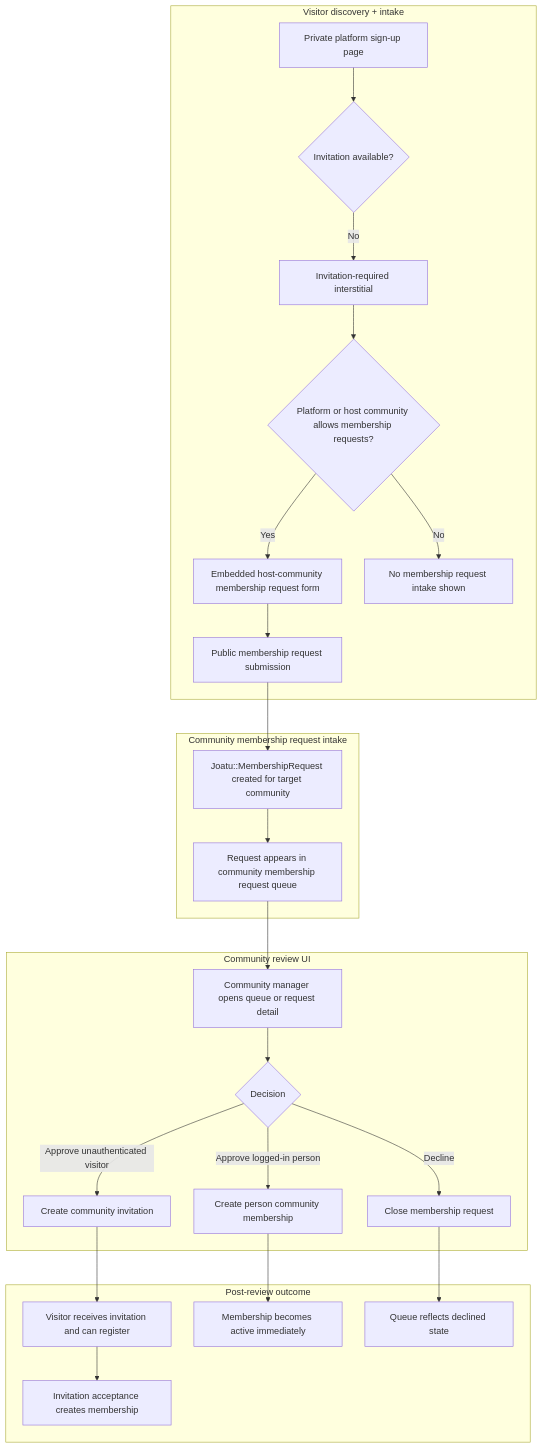
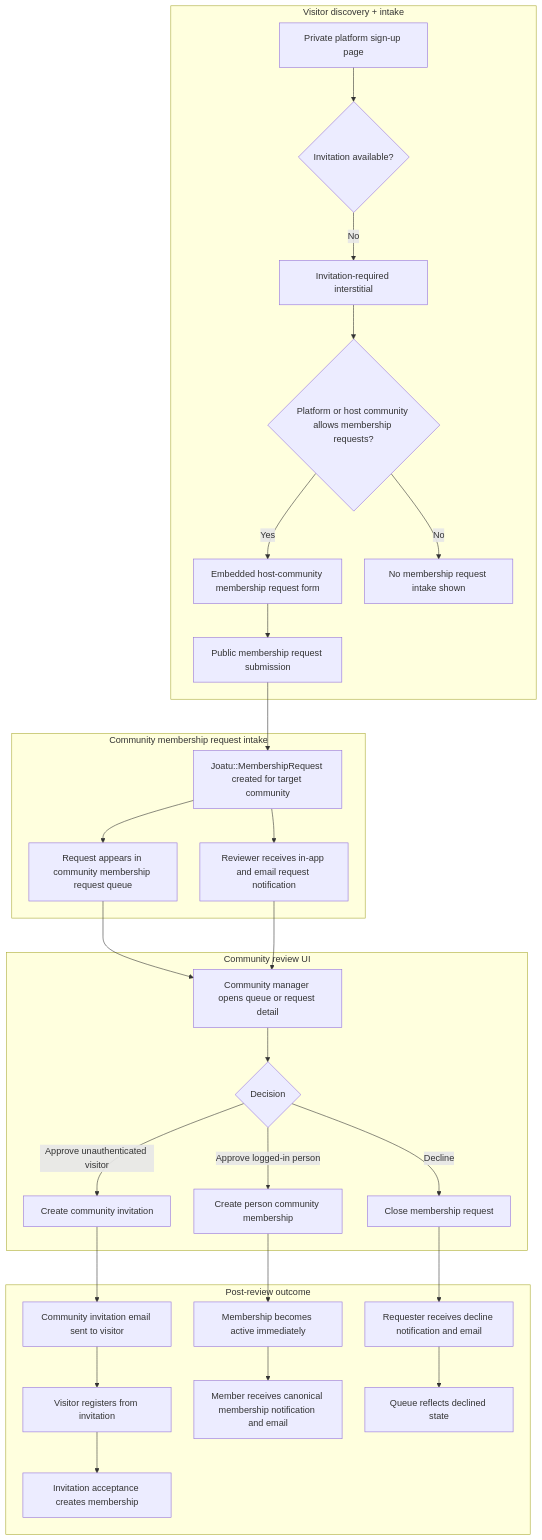
Before and after one commit to better-together-org/community-engine-rails: the diagram in docs/diagrams/source/membership_request_workflow.mmd, drawn with Mermaid. The commit also changed 66 other files, not shown here.

```diff
--- a/docs/diagrams/source/membership_request_workflow.mmd
+++ b/docs/diagrams/source/membership_request_workflow.mmd
@@ -1,30 +1,35 @@
 %%{init: {"flowchart": {"diagramPadding": 40, "nodeSpacing": 40, "rankSpacing": 60}}}%%
 flowchart TD
   subgraph Discovery["Visitor discovery + intake"]
     A[Private platform sign-up page] --> B{Invitation available?}
     B -->|No| C[Invitation-required interstitial]
     C --> D{Platform or host community allows membership requests?}
     D -->|Yes| E[Embedded host-community membership request form]
     D -->|No| F[No membership request intake shown]
     E --> G[Public membership request submission]
   end
 
   subgraph Intake["Community membership request intake"]
     G --> H[Joatu::MembershipRequest created for target community]
     H --> I[Request appears in community membership request queue]
+    H --> I1[Reviewer receives in-app and email request notification]
   end
 
   subgraph Review["Community review UI"]
     I --> J[Community manager opens queue or request detail]
+    I1 --> J
     J --> K{Decision}
     K -->|Approve unauthenticated visitor| L[Create community invitation]
     K -->|Approve logged-in person| M[Create person community membership]
     K -->|Decline| N[Close membership request]
   end
 
   subgraph Followup["Post-review outcome"]
-    L --> O[Visitor receives invitation and can register]
-    M --> P[Membership becomes active immediately]
-    N --> Q[Queue reflects declined state]
-    O --> R[Invitation acceptance creates membership]
+    L --> O[Community invitation email sent to visitor]
+    O --> P[Visitor registers from invitation]
+    P --> Q[Invitation acceptance creates membership]
+    M --> R[Membership becomes active immediately]
+    R --> R1[Member receives canonical membership notification and email]
+    N --> S[Requester receives decline notification and email]
+    S --> T[Queue reflects declined state]
   end
```
